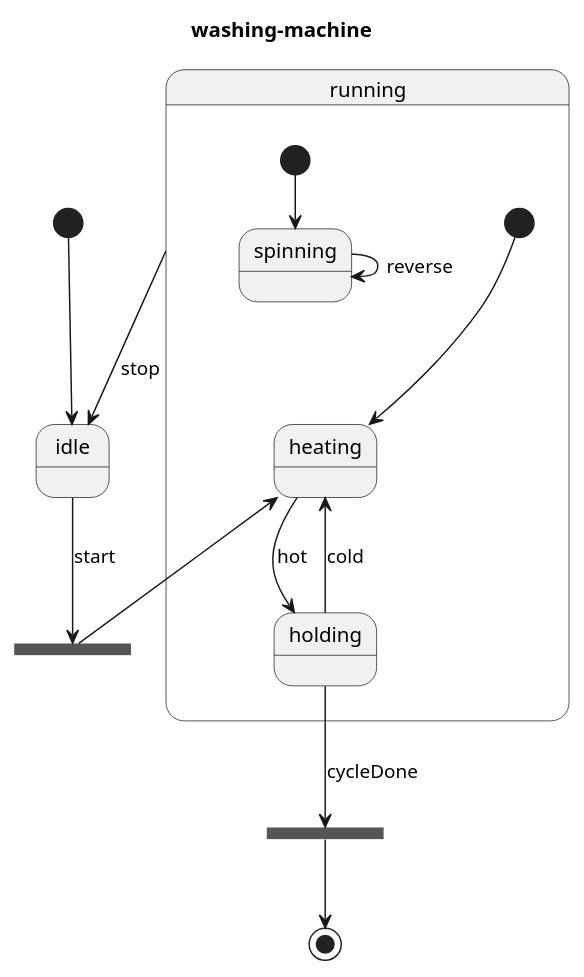
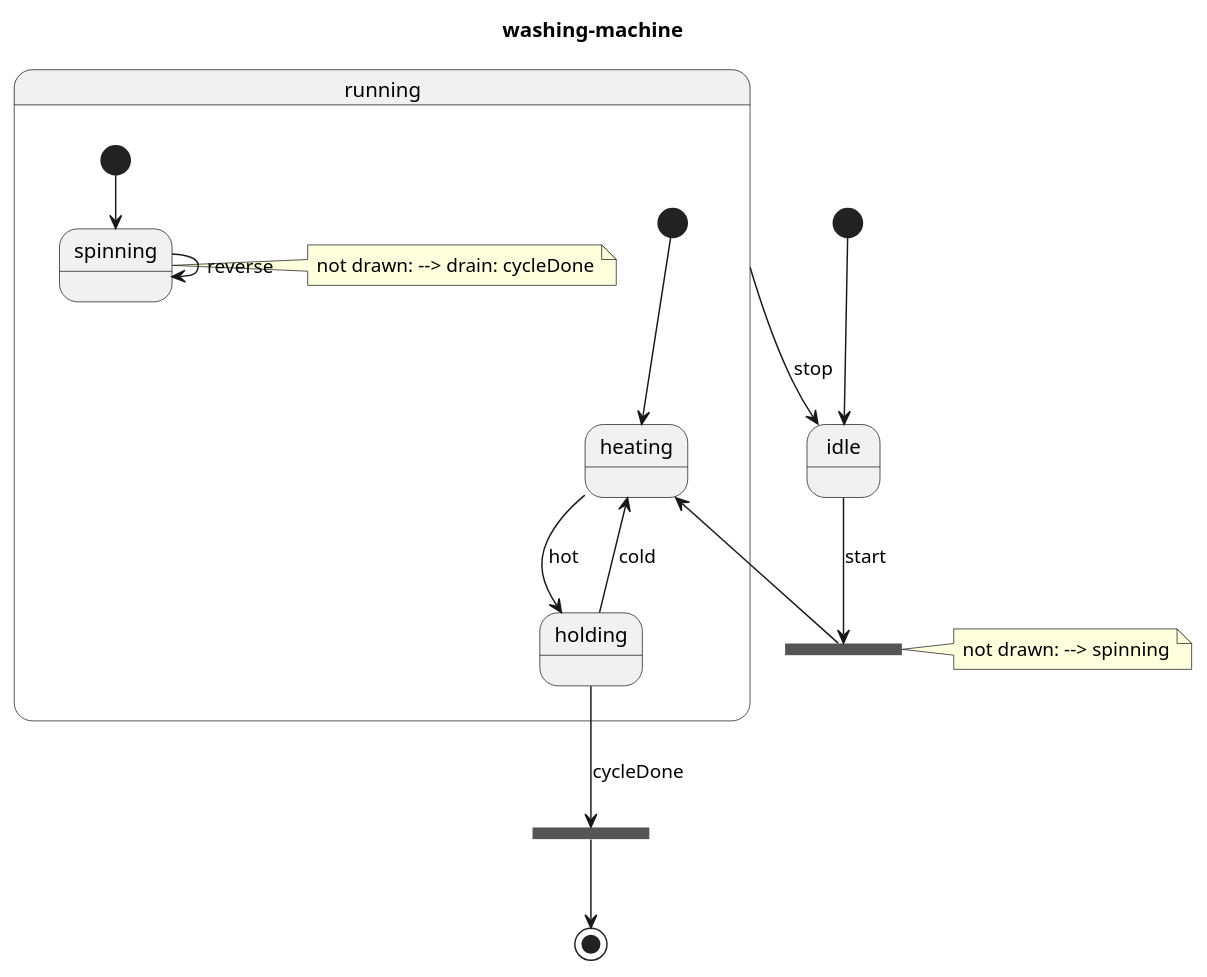
One commit to vincedupuis/transplantUML changed the diagram in example/washing-machine.puml. Above: the diagram before and after it, drawn with PlantUML. The commit also changed 37 other files, not shown here.

```diff
--- a/example/washing-machine.puml
+++ b/example/washing-machine.puml
@@ -1,24 +1,26 @@
 @startuml
 title washing-machine
 [*] --> idle
 state idle
 state fill <<fork>>
+note right of fill : not drawn: --> spinning
 state running {
     [*] --> heating
     state heating
     state holding
     heating --> holding: hot
     holding --> heating: cold
     --
     [*] --> spinning
     state spinning
+    note right of spinning : not drawn: --> drain: cycleDone
     spinning --> spinning: reverse
 }
 state drain <<join>>
 state finished <<end>>
 idle --> fill: start
 fill --> heating
 running --> idle: stop
 holding --> drain: cycleDone
 drain --> finished
 @enduml
```
